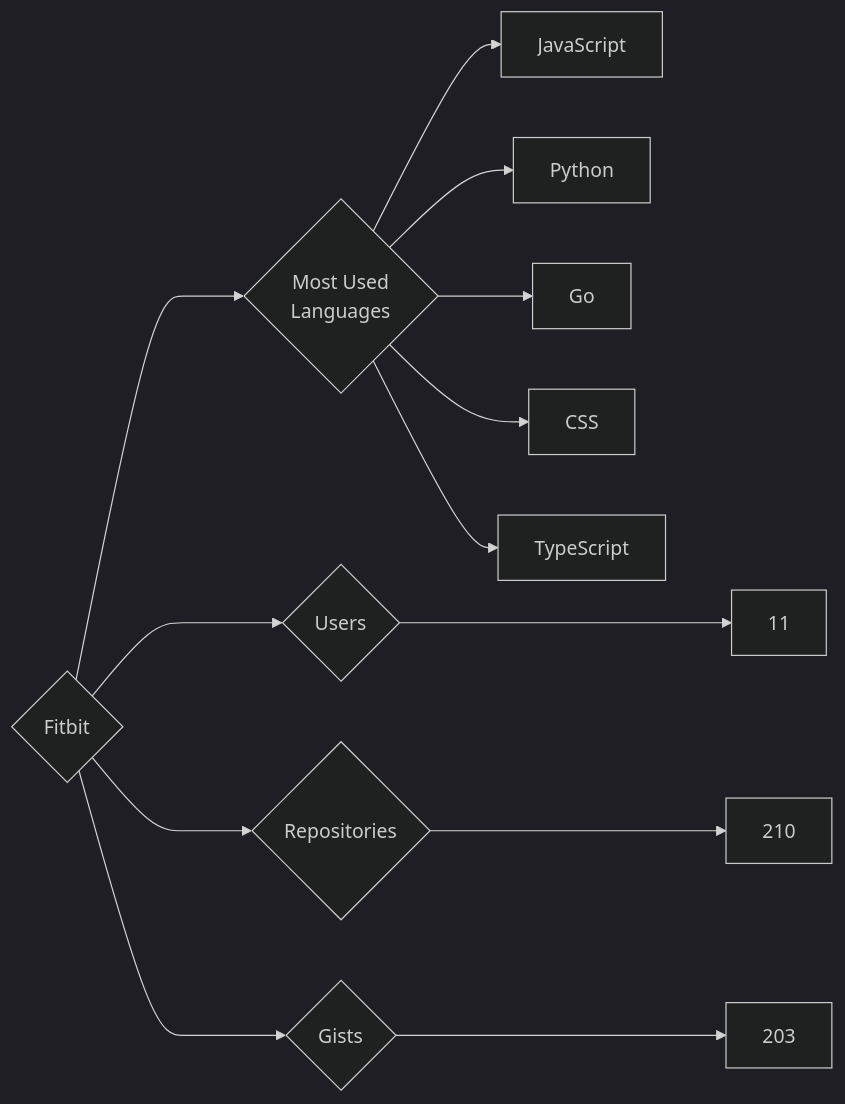
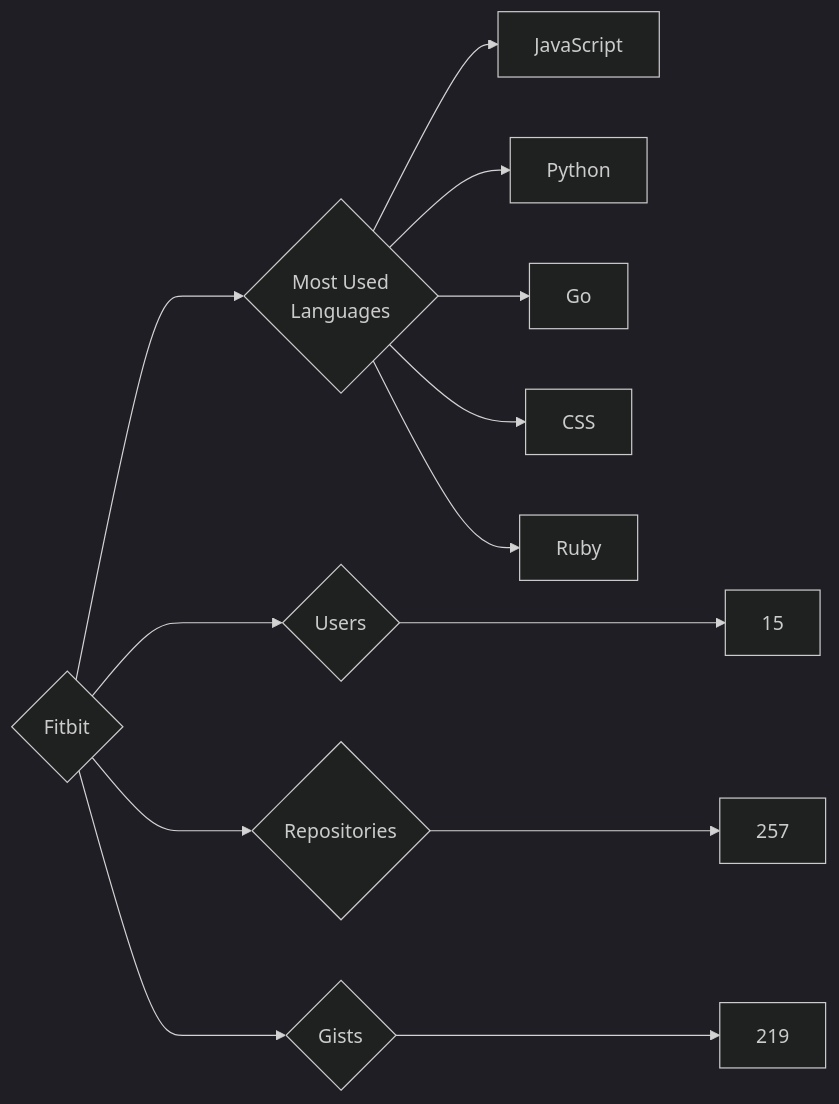
The diagram in targets/Fitbit/README.md (trickest/insiders), drawn with Mermaid (dark theme) before and after one commit. The commit also changed 1084 other files, not shown here.

````diff
--- a/targets/Fitbit/README.md
+++ b/targets/Fitbit/README.md
@@ -3,13 +3,13 @@
 ```mermaid
 graph LR
 COMPANY_NAME{Fitbit}
-COMPANY_NAME ---> U{Users} ---> UN[11]
-COMPANY_NAME ---> R{Repositories} ---> RN[210]
-COMPANY_NAME ---> G{Gists} ---> GN[203]
+COMPANY_NAME ---> U{Users} ---> UN[15]
+COMPANY_NAME ---> R{Repositories} ---> RN[257]
+COMPANY_NAME ---> G{Gists} ---> GN[219]
 COMPANY_NAME ---> ML{Most Used<br>Languages}
 ML --> JavaScript[JavaScript]
 ML --> Python[Python]
 ML --> Go[Go]
 ML --> CSS[CSS]
-ML --> TypeScript[TypeScript]
+ML --> Ruby[Ruby]
 ```
````
